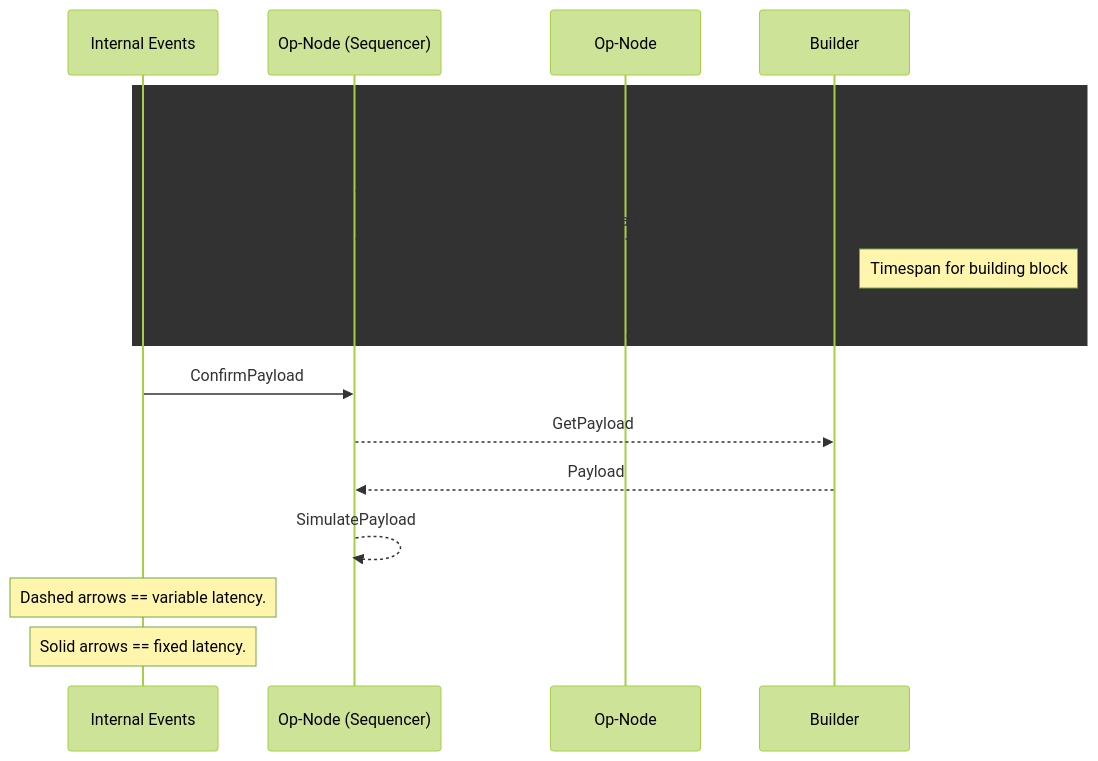
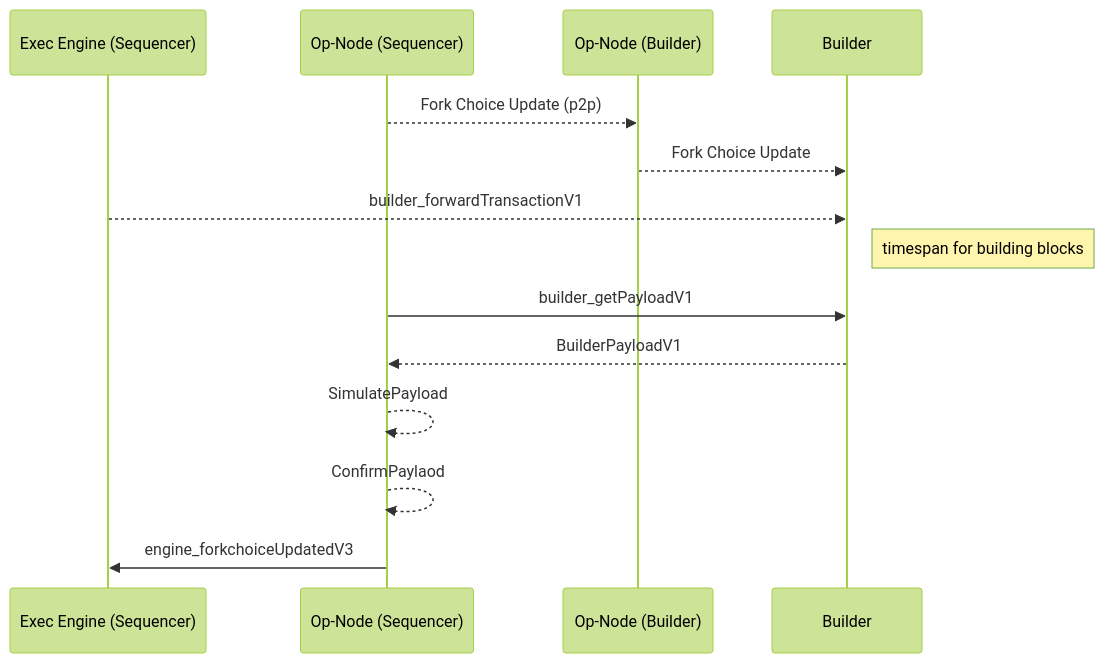
Before and after one commit to ethereum-optimism/specs: the diagram in specs/experimental/builder.md, drawn with Mermaid (forest theme). The commit also changed other lines of this file, not shown here.

Commit message:
fix mermaid diagram, thanks chatGPT

````diff
--- a/specs/experimental/builder.md
+++ b/specs/experimental/builder.md
@@ -36,20 +38,18 @@
 ```mermaid
 sequenceDiagram
-    participant Events as Internal Events
-    participant OpNode1 as Op-Node (Sequencer)
-    participant OpNode2 as Op-Node
-    participant Builder as Builder
-    rect rgb(50, 50, 50)
-    Events->>OpNode1: StartPayload
-    OpNode1-->>OpNode2: Fork choice update over p2p
-    OpNode1-->>Builder: Forward transaction
-    Note right of Builder: Timespan for building block
-    OpNode2->>Builder: Fork Choice Update
-    end
-    Events->>OpNode1: ConfirmPayload
-    OpNode1-->>Builder: GetPayload
-    Builder-->>OpNode1: Payload
-    OpNode1-->>OpNode1: SimulatePayload
-    Note over Events: Dashed arrows == variable latency.
-    Note over Events: Solid arrows == fixed latency.
+    participant EES as Exec Engine (Sequencer)
+    participant OPS as Op-Node (Sequencer)
+    participant OPB as Op-Node (Builder)
+    participant Builder
+    OPS-->> OPB: Fork Choice Update (p2p)
+    OPB-->>Builder: Fork Choice Update
+    
+    EES-->>Builder:   builder_forwardTransactionV1
+    Note right of Builder: timespan for building blocks
+    OPS->> Builder: builder_getPayloadV1
+    Builder-->>OPS: BuilderPayloadV1
+    OPS-->>OPS: SimulatePayload
+    OPS-->>OPS: ConfirmPaylaod
+    OPS ->> EES: engine_forkchoiceUpdatedV3
+
 ```
````
